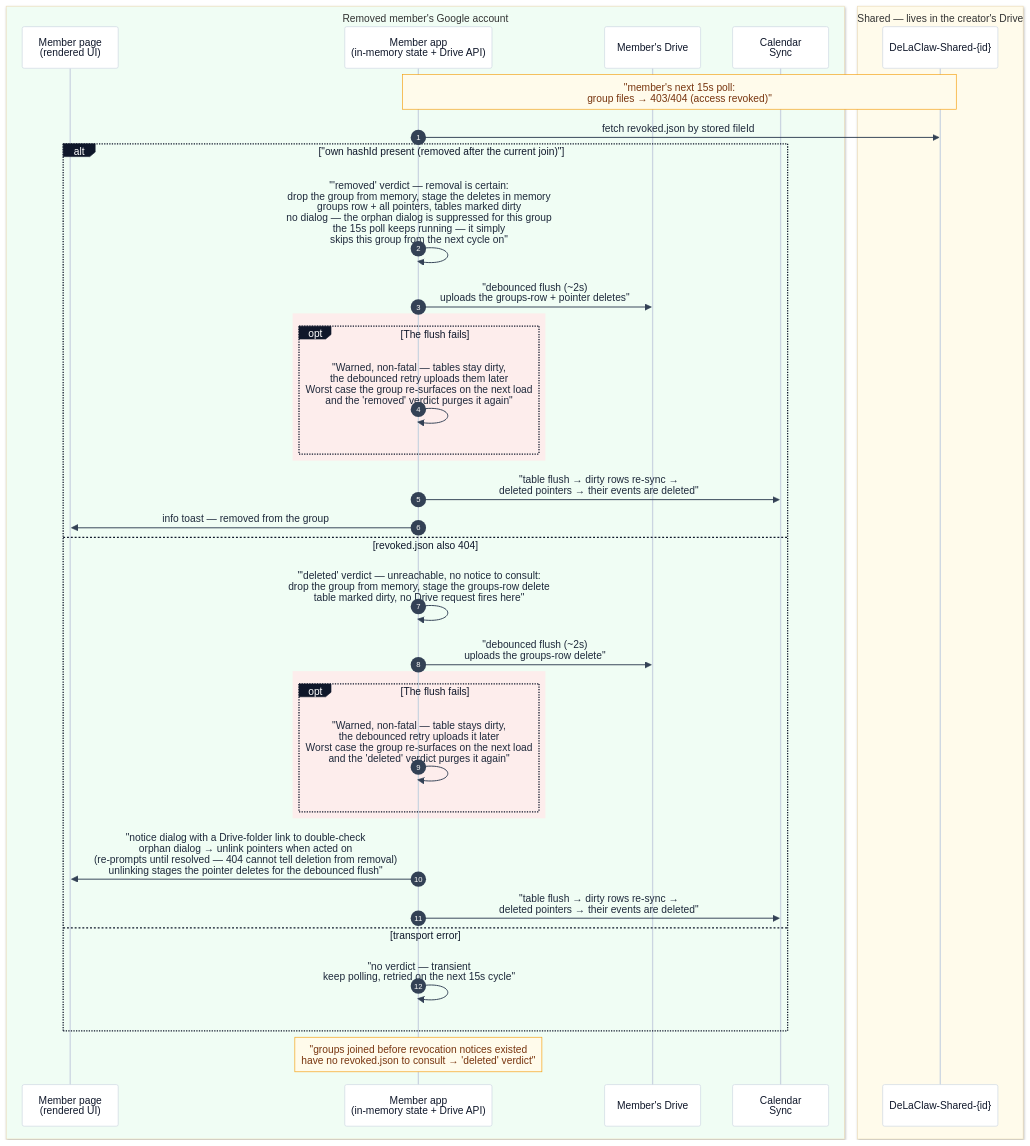
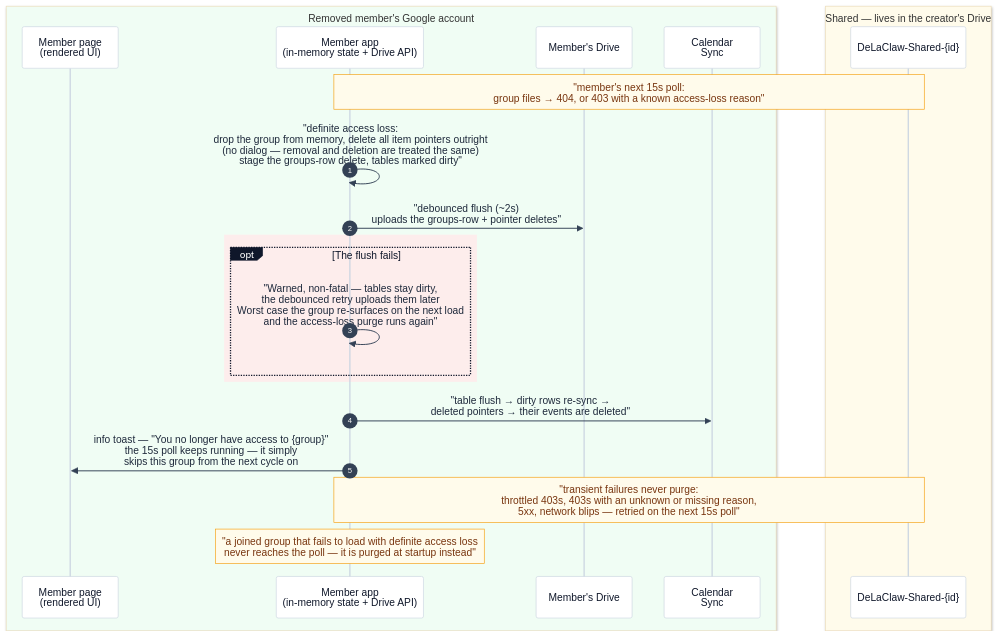
One commit to AntGro/DeLaClaw changed diagram 11 of 14 in docs-site/sharing.md. Above: the diagram before and after it, drawn with Mermaid. The commit also changed other lines of this file and 18 other files, not shown here.

First line of the commit message:
refactor(sharing): remove revoked.json — access loss purges the group outright

````diff
--- a/docs-site/sharing.md
+++ b/docs-site/sharing.md
@@ -474,41 +475,27 @@
 ```mermaid
 %%{init: {'theme': 'base', 'themeVariables': {'background': '#fbfaf8', 'actorBkg': '#ffffff', 'actorBorder': '#cbd5e1', 'actorTextColor': '#0f172a', 'actorLineColor': '#cbd5e1', 'signalColor': '#334155', 'signalTextColor': '#1e293b', 'noteBkgColor': '#fffbeb', 'noteBorderColor': '#f59e0b', 'noteTextColor': '#78350f', 'labelBoxBkgColor': '#0f172a', 'labelBoxBorderColor': '#0f172a', 'labelTextColor': '#ffffff'}}}%%
 sequenceDiagram
     autonumber
     box rgb(240,253,244) Removed member's Google account
     participant MP as Member page<br/>(rendered UI)
     participant MA as Member app<br/>(in-memory state + Drive API)
     participant MD as Member's Drive
     participant CAL as Calendar<br/>Sync
     end
     box rgb(255,251,235) Shared — lives in the creator's Drive
     participant SF as DeLaClaw-Shared-{id}
     end
 
-    Note over MA,SF: "member's next 15s poll:<br/>group files → 403/404 (access revoked)"
-    MA->>SF: fetch revoked.json by stored fileId
-    alt "own hashId present (removed after the current join)"
-    MA->>MA: "'removed' verdict — removal is certain:<br/>drop the group from memory, stage the deletes in memory<br/>groups row + all pointers, tables marked dirty<br/>no dialog — the orphan dialog is suppressed for this group<br/>the 15s poll keeps running — it simply<br/>skips this group from the next cycle on"
+    Note over MA,SF: "member's next 15s poll:<br/>group files → 404, or 403 with a known access-loss reason"
+    MA->>MA: "definite access loss:<br/>drop the group from memory, delete all item pointers outright<br/>(no dialog — removal and deletion are treated the same)<br/>stage the groups-row delete, tables marked dirty"
     MA->>MD: "debounced flush (~2s)<br/>uploads the groups-row + pointer deletes"
     rect rgb(253, 237, 236)
     opt The flush fails
-        MA->>MA: "Warned, non-fatal — tables stay dirty,<br/>the debounced retry uploads them later<br/>Worst case the group re-surfaces on the next load<br/>and the 'removed' verdict purges it again"
+        MA->>MA: "Warned, non-fatal — tables stay dirty,<br/>the debounced retry uploads them later<br/>Worst case the group re-surfaces on the next load<br/>and the access-loss purge runs again"
     end
     end
     MA->>CAL: "table flush → dirty rows re-sync →<br/>deleted pointers → their events are deleted"
-    MA->>MP: info toast — removed from the group
-    else revoked.json also 404
-    MA->>MA: "'deleted' verdict — unreachable, no notice to consult:<br/>drop the group from memory, stage the groups-row delete<br/>table marked dirty, no Drive request fires here"
-    MA->>MD: "debounced flush (~2s)<br/>uploads the groups-row delete"
-    rect rgb(253, 237, 236)
-    opt The flush fails
-        MA->>MA: "Warned, non-fatal — table stays dirty,<br/>the debounced retry uploads it later<br/>Worst case the group re-surfaces on the next load<br/>and the 'deleted' verdict purges it again"
-    end
-    end
-    MA->>MP: "notice dialog with a Drive-folder link to double-check<br/>orphan dialog → unlink pointers when acted on<br/>(re-prompts until resolved — 404 cannot tell deletion from removal)<br/>unlinking stages the pointer deletes for the debounced flush"
-    MA->>CAL: "table flush → dirty rows re-sync →<br/>deleted pointers → their events are deleted"
-    else transport error
-    MA->>MA: "no verdict — transient<br/>keep polling, retried on the next 15s cycle"
-    end
-    Note over MA: "groups joined before revocation notices existed<br/>have no revoked.json to consult → 'deleted' verdict"
+    MA->>MP: info toast — "You no longer have access to {group}"<br/>the 15s poll keeps running — it simply<br/>skips this group from the next cycle on
+    Note over MA,SF: "transient failures never purge:<br/>throttled 403s, 403s with an unknown or missing reason,<br/>5xx, network blips — retried on the next 15s poll"
+    Note over MA: "a joined group that fails to load with definite access loss<br/>never reaches the poll — it is purged at startup instead"
 ```
````
